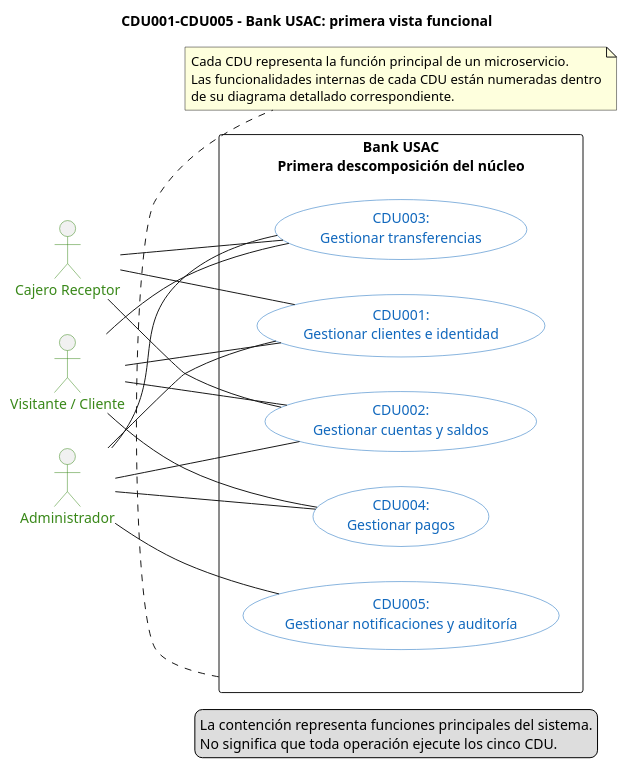
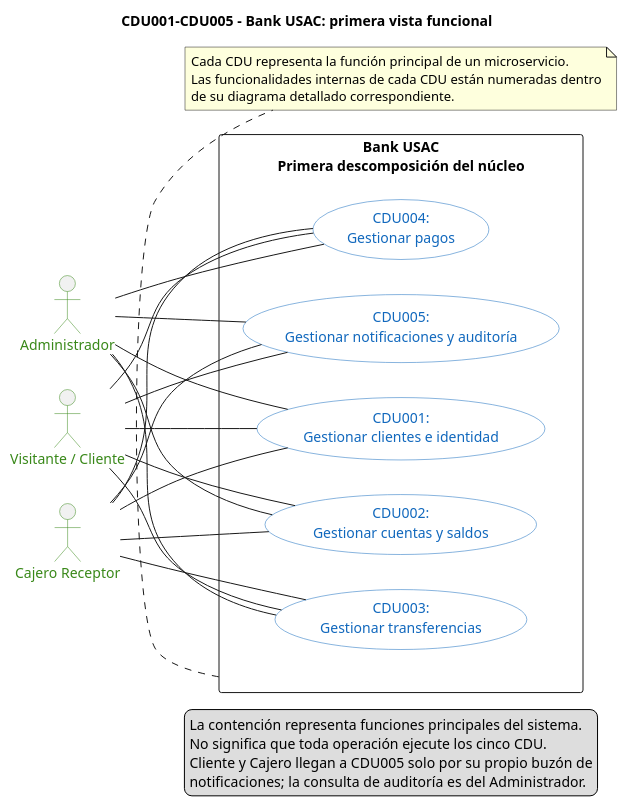
The diagram in docs/architecture/diagrams/cdu/01-primera-descomposicion.puml (marcosbondel/Proyecto-SA-B-2), drawn with PlantUML before and after one commit. The commit also changed 66 other files, not shown here.

```diff
--- a/docs/architecture/diagrams/cdu/01-primera-descomposicion.puml
+++ b/docs/architecture/diagrams/cdu/01-primera-descomposicion.puml
@@ -1,55 +1,60 @@
 @startuml 01-primera-descomposicion
 left to right direction
 
 title CDU001-CDU005 - Bank USAC: primera vista funcional
 
 skinparam shadowing false
 skinparam packageStyle rectangle
 skinparam usecase {
     BackgroundColor #FFFFFF
     BorderColor #1168BD
     FontColor #1168BD
 }
 skinparam actor {
     BorderColor #398819
     FontColor #398819
 }
 
 actor "Visitante / Cliente" as cliente
 actor "Cajero Receptor" as cajero
 actor "Administrador" as admin
 
 rectangle "Bank USAC\nPrimera descomposición del núcleo" as bank {
     usecase "CDU001:\nGestionar clientes e identidad" as customer
     usecase "CDU002:\nGestionar cuentas y saldos" as account
     usecase "CDU003:\nGestionar transferencias" as transaction
     usecase "CDU004:\nGestionar pagos" as payment
     usecase "CDU005:\nGestionar notificaciones y auditoría" as audit
 }
 
 cliente -- customer
 cliente -- account
 cliente -- transaction
 cliente -- payment
+cliente -- audit
 
 cajero -- customer
 cajero -- account
 cajero -- transaction
+cajero -- payment
+cajero -- audit
 
 admin -- customer
 admin -- account
 admin -- transaction
 admin -- payment
 admin -- audit
 
 note bottom of bank
     Cada CDU representa la función principal de un microservicio.
     Las funcionalidades internas de cada CDU están numeradas dentro
     de su diagrama detallado correspondiente.
 end note
 
 legend right
     La contención representa funciones principales del sistema.
     No significa que toda operación ejecute los cinco CDU.
+    Cliente y Cajero llegan a CDU005 solo por su propio buzón de
+    notificaciones; la consulta de auditoría es del Administrador.
 endlegend
 @enduml
```
